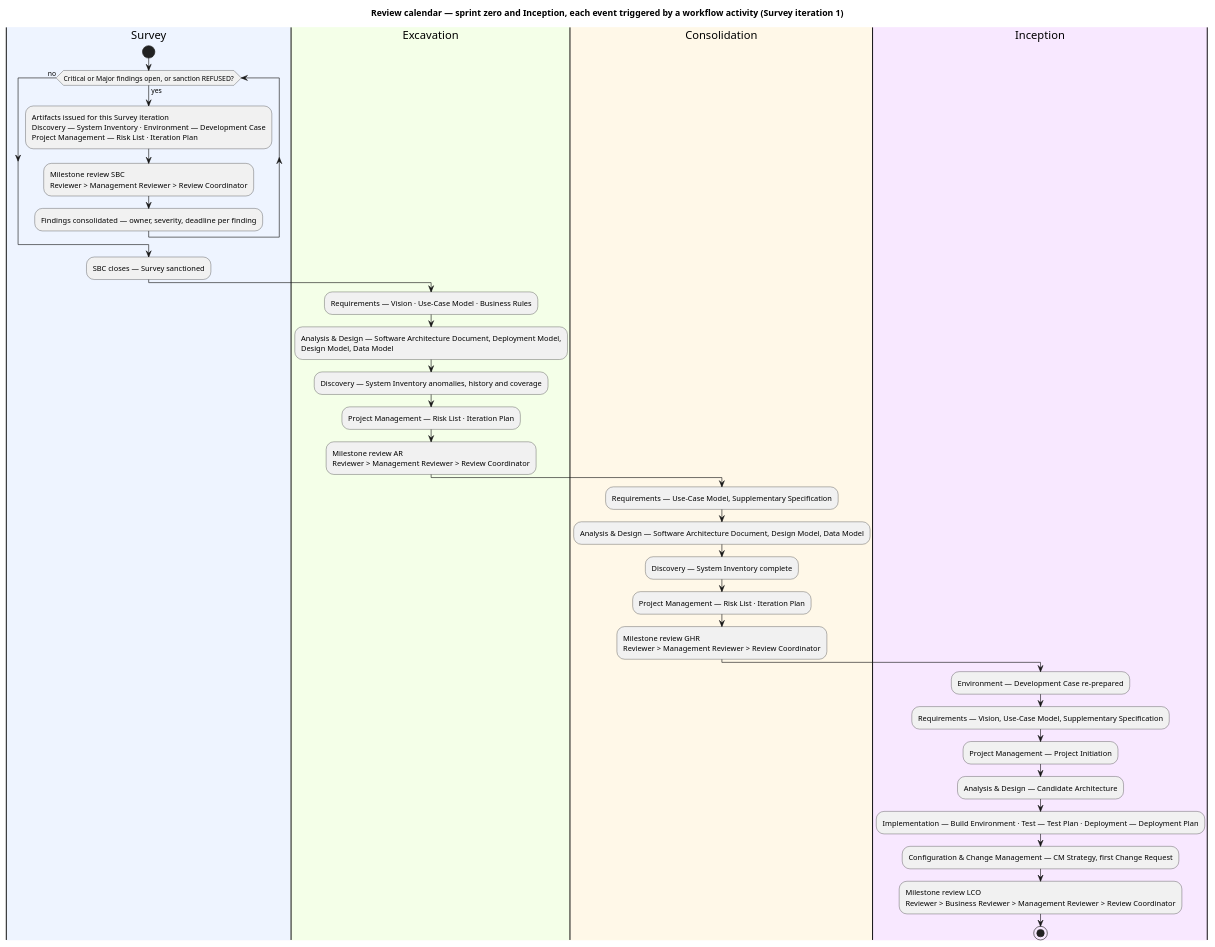
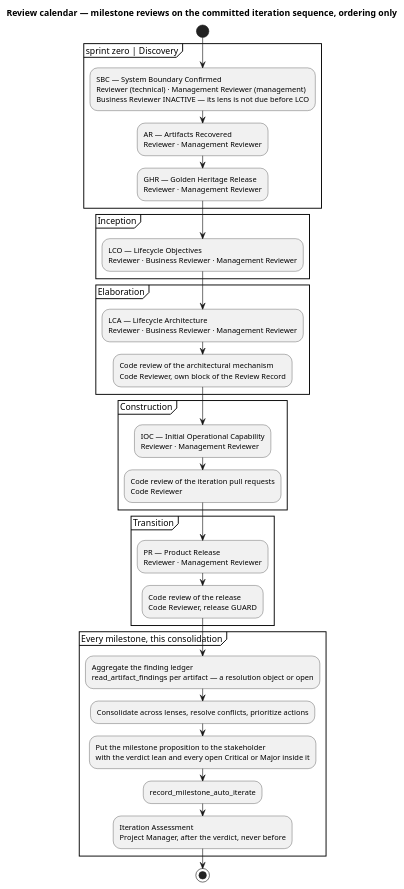
One commit to banense-test/TodoApp changed the third of 14 diagrams in docs/artifacts/project-management/review-record.md. Above: the diagram before and after it, drawn with PlantUML. The commit also changed other lines of this file, not shown here.

First line of the commit message:
Review Coordinator [Survey2]: upsert Review Record

````diff
--- a/docs/artifacts/project-management/review-record.md
+++ b/docs/artifacts/project-management/review-record.md
@@ -182,37 +194,51 @@
 ```plantuml
 @startuml
-title Review calendar — sprint zero and Inception, each event triggered by a workflow activity (Survey iteration 1)
+title Review calendar — milestone reviews on the committed iteration sequence, ordering only
 skinparam shadowing false
 skinparam defaultTextAlignment left
 
-|#eef4ff|Survey|
 start
-while (Critical or Major findings open, or sanction REFUSED?) is (yes)
-  :Artifacts issued for this Survey iteration\nDiscovery — System Inventory · Environment — Development Case\nProject Management — Risk List · Iteration Plan;
-  :Milestone review SBC\nReviewer > Management Reviewer > Review Coordinator;
-  :Findings consolidated — owner, severity, deadline per finding;
-endwhile (no)
-:SBC closes — Survey sanctioned;
-|#f4ffe8|Excavation|
-:Requirements — Vision · Use-Case Model · Business Rules;
-:Analysis & Design — Software Architecture Document, Deployment Model,\nDesign Model, Data Model;
-:Discovery — System Inventory anomalies, history and coverage;
-:Project Management — Risk List · Iteration Plan;
-:Milestone review AR\nReviewer > Management Reviewer > Review Coordinator;
-|#fff8e8|Consolidation|
-:Requirements — Use-Case Model, Supplementary Specification;
-:Analysis & Design — Software Architecture Document, Design Model, Data Model;
-:Discovery — System Inventory complete;
-:Project Management — Risk List · Iteration Plan;
-:Milestone review GHR\nReviewer > Management Reviewer > Review Coordinator;
-|#f8e8ff|Inception|
-:Environment — Development Case re-prepared;
-:Requirements — Vision, Use-Case Model, Supplementary Specification;
-:Project Management — Project Initiation;
-:Analysis & Design — Candidate Architecture;
-:Implementation — Build Environment · Test — Test Plan · Deployment — Deployment Plan;
-:Configuration & Change Management — CM Strategy, first Change Request;
-:Milestone review LCO\nReviewer > Business Reviewer > Management Reviewer > Review Coordinator;
+partition "sprint zero | Discovery" {
+  :SBC — System Boundary Confirmed
+  Reviewer (technical) · Management Reviewer (management)
+  Business Reviewer INACTIVE — its lens is not due before LCO;
+  :AR — Artifacts Recovered
+  Reviewer · Management Reviewer;
+  :GHR — Golden Heritage Release
+  Reviewer · Management Reviewer;
+}
+partition "Inception" {
+  :LCO — Lifecycle Objectives
+  Reviewer · Business Reviewer · Management Reviewer;
+}
+partition "Elaboration" {
+  :LCA — Lifecycle Architecture
+  Reviewer · Business Reviewer · Management Reviewer;
+  :Code review of the architectural mechanism
+  Code Reviewer, own block of the Review Record;
+}
+partition "Construction" {
+  :IOC — Initial Operational Capability
+  Reviewer · Management Reviewer;
+  :Code review of the iteration pull requests
+  Code Reviewer;
+}
+partition "Transition" {
+  :PR — Product Release
+  Reviewer · Management Reviewer;
+  :Code review of the release
+  Code Reviewer, release GUARD;
+}
+partition "Every milestone, this consolidation" {
+  :Aggregate the finding ledger
+  read_artifact_findings per artifact — a resolution object or open;
+  :Consolidate across lenses, resolve conflicts, prioritize actions;
+  :Put the milestone proposition to the stakeholder
+  with the verdict lean and every open Critical or Major inside it;
+  :record_milestone_auto_iterate;
+  :Iteration Assessment
+  Project Manager, after the verdict, never before;
+}
 stop
 @enduml
 ```
````
